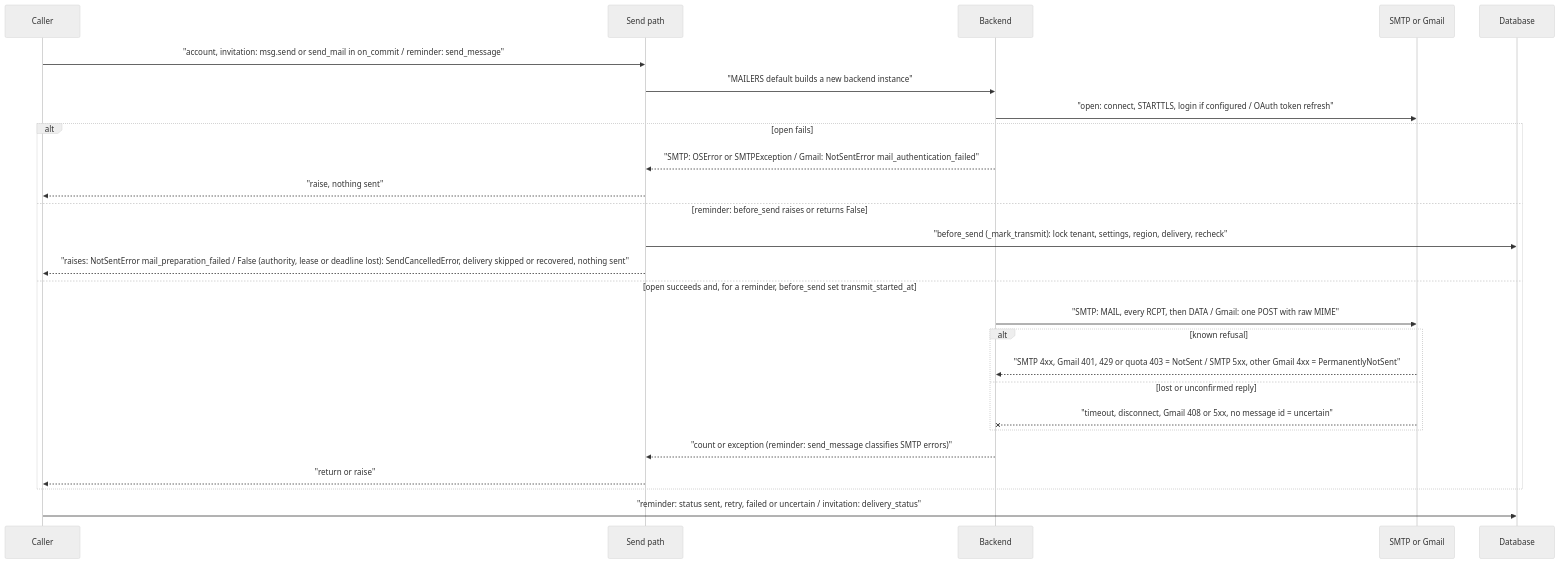
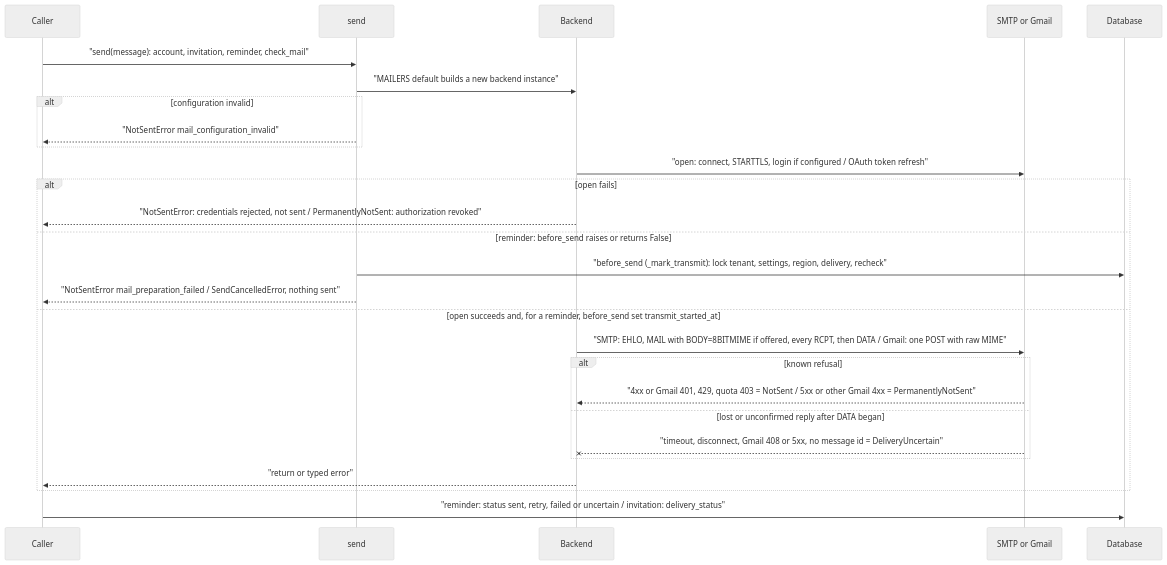
One commit to erkurtharun/pyracast changed the diagram in docs/flows/email-transport.md. Above: the diagram before and after it, drawn with Mermaid (neutral theme). The commit also changed other lines of this file and 100 other files, not shown here.

First line of the commit message:
Unify mail delivery outcomes and localize account mail (#35)

````diff
--- a/docs/flows/email-transport.md
+++ b/docs/flows/email-transport.md
@@ -16,28 +17,29 @@
 ```mermaid
 sequenceDiagram
     participant C as Caller
-    participant M as Send path
+    participant M as send
     participant B as Backend
     participant X as SMTP or Gmail
     participant D as Database
-    C->>M: "account, invitation: msg.send or send_mail in on_commit / reminder: send_message"
+    C->>M: "send(message): account, invitation, reminder, check_mail"
     M->>B: "MAILERS default builds a new backend instance"
+    alt configuration invalid
+        M-->>C: "NotSentError mail_configuration_invalid"
+    end
     B->>X: "open: connect, STARTTLS, login if configured / OAuth token refresh"
     alt open fails
-        B-->>M: "SMTP: OSError or SMTPException / Gmail: NotSentError mail_authentication_failed"
-        M-->>C: "raise, nothing sent"
+        B-->>C: "NotSentError: credentials rejected, not sent / PermanentlyNotSent: authorization revoked"
     else reminder: before_send raises or returns False
         M->>D: "before_send (_mark_transmit): lock tenant, settings, region, delivery, recheck"
-        M-->>C: "raises: NotSentError mail_preparation_failed / False (authority, lease or deadline lost): SendCancelledError, delivery skipped or recovered, nothing sent"
+        M-->>C: "NotSentError mail_preparation_failed / SendCancelledError, nothing sent"
     else open succeeds and, for a reminder, before_send set transmit_started_at
-        B->>X: "SMTP: MAIL, every RCPT, then DATA / Gmail: one POST with raw MIME"
+        B->>X: "SMTP: EHLO, MAIL with BODY=8BITMIME if offered, every RCPT, then DATA / Gmail: one POST with raw MIME"
         alt known refusal
-            X-->>B: "SMTP 4xx, Gmail 401, 429 or quota 403 = NotSent / SMTP 5xx, other Gmail 4xx = PermanentlyNotSent"
-        else lost or unconfirmed reply
-            X--xB: "timeout, disconnect, Gmail 408 or 5xx, no message id = uncertain"
+            X-->>B: "4xx or Gmail 401, 429, quota 403 = NotSent / 5xx or other Gmail 4xx = PermanentlyNotSent"
+        else lost or unconfirmed reply after DATA began
+            X--xB: "timeout, disconnect, Gmail 408 or 5xx, no message id = DeliveryUncertain"
         end
-        B-->>M: "count or exception (reminder: send_message classifies SMTP errors)"
-        M-->>C: "return or raise"
+        B-->>C: "return or typed error"
     end
     C->>D: "reminder: status sent, retry, failed or uncertain / invitation: delivery_status"
 ```
````
